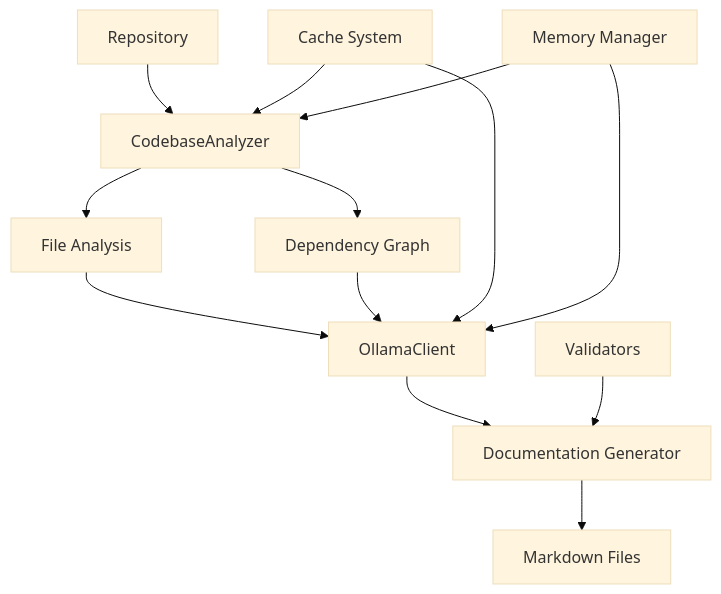
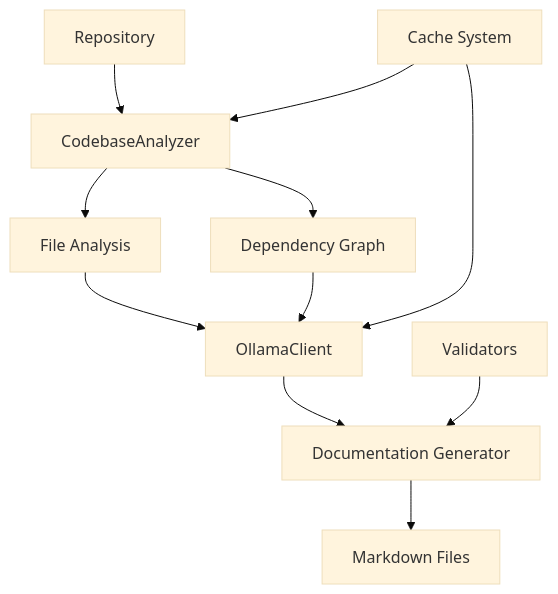
Before and after one commit to TrueBurn/codebase-scribe-ai: the first of 5 diagrams in docs/ARCHITECTURE.md, drawn with Mermaid (base theme). The commit also changed other lines of this file and 6 other files, not shown here.

Commit message:
Remove MemoryManager and related memory optimization features from the codebase, including documentation updates and removal of associated tests. This streamlines the project by eliminating unused memory management functionality.

````diff
--- a/docs/ARCHITECTURE.md
+++ b/docs/ARCHITECTURE.md
@@ -19,15 +19,13 @@
 ```mermaid
 graph TD
     A[Repository] --> B[CodebaseAnalyzer]
     B --> C[File Analysis]
     B --> D[Dependency Graph]
     C --> E[OllamaClient]
     D --> E
     E --> F[Documentation Generator]
     F --> G[Markdown Files]
     H[Cache System] --> B
     H --> E
-    I[Memory Manager] --> B
-    I --> E
     J[Validators] --> F
 ```
````
